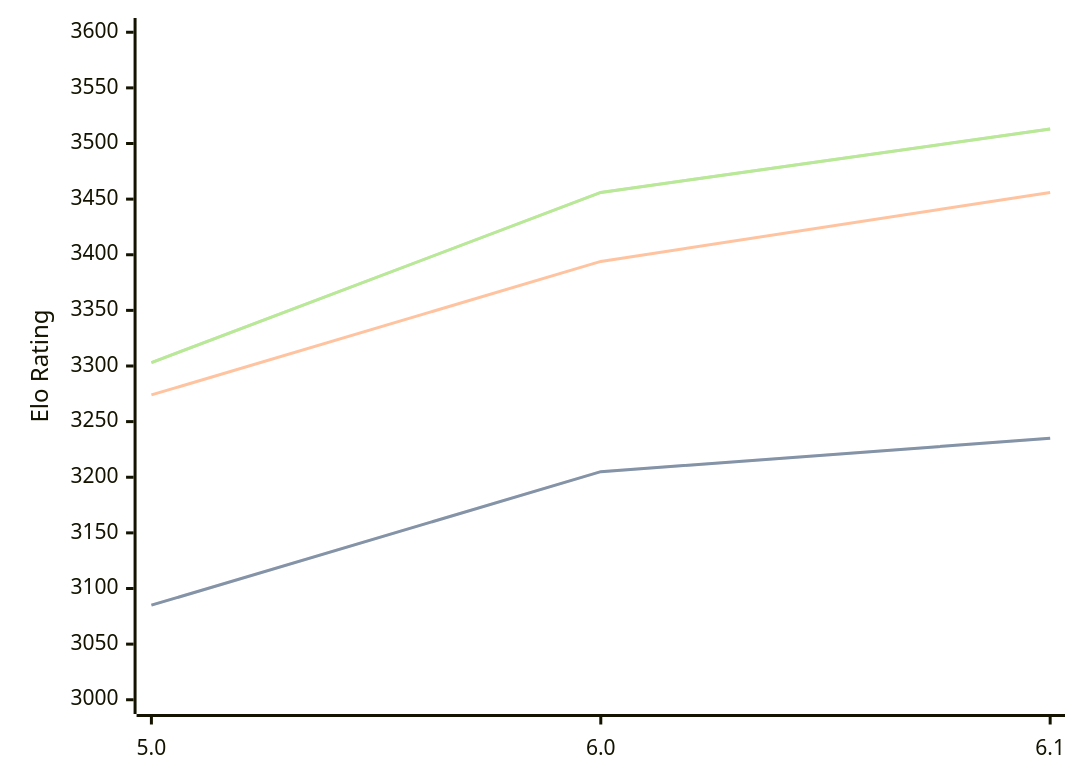
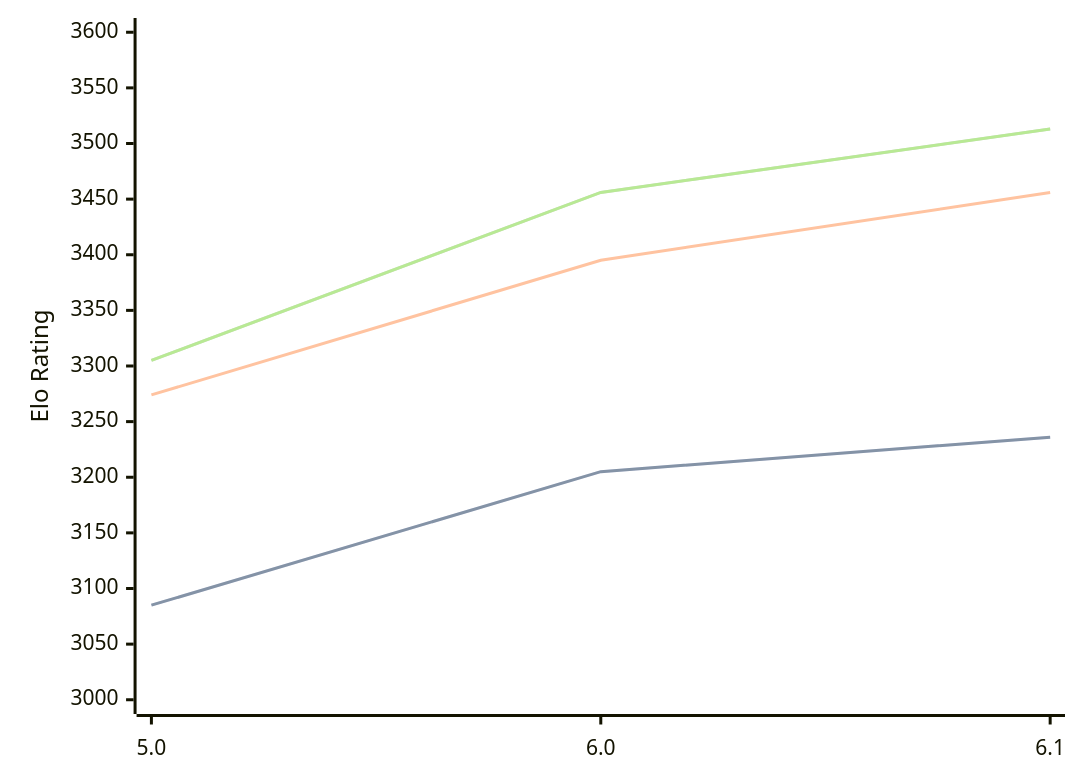
The diagram in engines/PZChessBot.md (computer-chess-index/cci), drawn with Mermaid before and after one commit. The commit also changed other lines of this file, not shown here.

Commit message:
Update CCI Ratings (ELO VLTC) - 2026-04-24

````diff
--- a/engines/PZChessBot.md
+++ b/engines/PZChessBot.md
@@ -42,11 +42,11 @@
 ```mermaid
 %%{init: {"theme":"base","themeVariables":{"seriesColors:['#a3a3a3','#222221','#faa371']}}}%%
 xychart-beta
   x-axis ["5.0", "6.0", "6.1"]
   y-axis "Elo Rating" 3000 --> 3600
-  line "STC (8.0+0.08s)" [3085, 3205, 3235]
-  line "STC (8.0+0.08s)" [3085, 3205, 3235]
-  line "LTC (60.0+0.60s)" [3274, 3394, 3456]
-  line "VLTC (2m24s+1.12s)" [3303, 3456, 3513]
-  line "VLTC (2m24s+1.12s)" [3303, 3456, 3513]
+  line "STC (8.0+0.08s)" [3085, 3205, 3236]
+  line "STC (8.0+0.08s)" [3085, 3205, 3236]
+  line "LTC (60.0+0.60s)" [3274, 3395, 3456]
+  line "VLTC (2m24s+1.12s)" [3305, 3456, 3513]
+  line "VLTC (2m24s+1.12s)" [3305, 3456, 3513]
 ```
````
